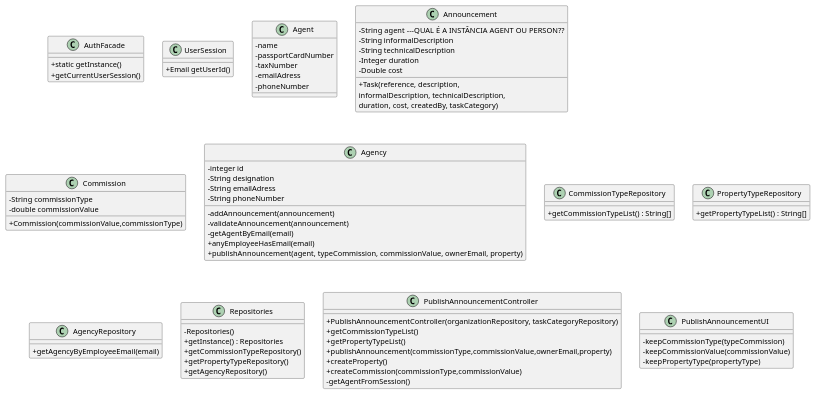
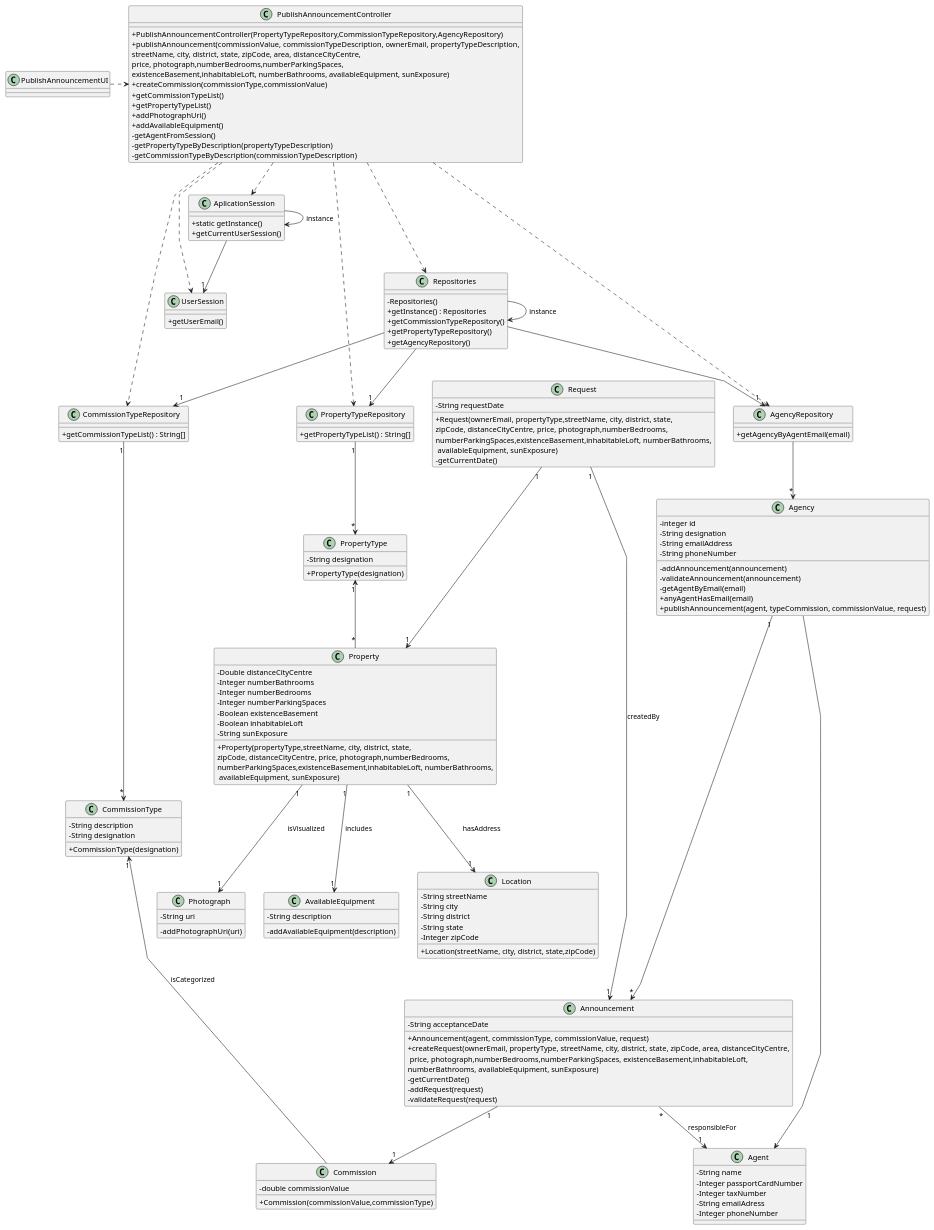
One commit to rita-barbosa/LAPR2-2223 changed the diagram in docs/sprintB/us002/03.design/puml/us002-class-diagram.puml. Above: the diagram before and after it, drawn with PlantUML.

Commit message:
Add class diagram [US002][Design]

```diff
--- a/docs/sprintB/us002/03.design/puml/us002-class-diagram.puml
+++ b/docs/sprintB/us002/03.design/puml/us002-class-diagram.puml
@@ -1,98 +1,174 @@
 @startuml
 'skinparam monochrome true
 skinparam packageStyle rectangle
 skinparam shadowing false
 skinparam linetype polyline
 'skinparam linetype orto
 
 skinparam classAttributeIconSize 0
 
 'left to right direction
 
-class AuthFacade
+class AplicationSession
 {
     + static getInstance()
     + getCurrentUserSession()
 }
+class Property
+{
+- Double distanceCityCentre
+- Integer numberBathrooms
+- Integer numberBedrooms
+- Integer numberParkingSpaces
+- Boolean existenceBasement
+- Boolean inhabitableLoft
+- String sunExposure
++ Property(propertyType,streetName, city, district, state,\nzipCode, distanceCityCentre, price, photograph,numberBedrooms,\nnumberParkingSpaces,existenceBasement,inhabitableLoft, numberBathrooms,\n availableEquipment, sunExposure)
+}
+class Location
+{
+- String streetName
+- String city
+- String district
+- String state
+- Integer zipCode
++ Location(streetName, city, district, state,zipCode)
+}
+class Photograph
+{
+- String uri
+- addPhotographUri(uri)
+}
+class AvailableEquipment
+{
+- String description
+- addAvailableEquipment(description)
+}
 
 class UserSession
 {
-    +Email getUserId()
+    + getUserEmail()
 }
 
 class Agent {
-    - name
-    - passportCardNumber
-    - taxNumber
-    - emailAdress
-    - phoneNumber
+    - String name
+    - Integer passportCardNumber
+    - Integer taxNumber
+    - String emailAdress
+    - Integer phoneNumber
 }
 
 class Announcement {
-    - String agent  ---QUAL É A INSTÂNCIA AGENT OU PERSON??
-    - String informalDescription
-    - String technicalDescription
-    - Integer duration
-    - Double cost
+    - String acceptanceDate
 
-    + Task(reference, description,\ninformalDescription, technicalDescription,\nduration, cost, createdBy, taskCategory)
+    + Announcement(agent, commissionType, commissionValue, request)
+    + createRequest(ownerEmail, propertyType, streetName, city, district, state, zipCode, area, distanceCityCentre,\n price, photograph,numberBedrooms,numberParkingSpaces, existenceBasement,inhabitableLoft,\nnumberBathrooms, availableEquipment, sunExposure)
+    -getCurrentDate()
+    -addRequest(request)
+    -validateRequest(request)
 }
 class Commission {
-- String commissionType
 - double commissionValue
-
 + Commission(commissionValue,commissionType)
 }
-
+class CommissionType
+{
+- String description
+}
+class Request
+{
+- String requestDate
++ Request(ownerEmail, propertyType,streetName, city, district, state,\nzipCode, distanceCityCentre, price, photograph,numberBedrooms,\nnumberParkingSpaces,existenceBasement,inhabitableLoft, numberBathrooms,\n availableEquipment, sunExposure)
+- getCurrentDate()
+}
 class Agency {
     - integer id
     - String designation
-    - String emailAdress
+    - String emailAddress
     - String phoneNumber
 
     - addAnnouncement(announcement)
     - validateAnnouncement(announcement)
     - getAgentByEmail(email)
-    + anyEmployeeHasEmail(email)
-    + publishAnnouncement(agent, typeCommission, commissionValue, ownerEmail, property)
+    + anyAgentHasEmail(email)
+    + publishAnnouncement(agent, typeCommission, commissionValue, request)
 }
 
 class CommissionTypeRepository {
     + getCommissionTypeList() : String[]
 }
 class PropertyTypeRepository {
     + getPropertyTypeList() : String[]
 }
 
 class AgencyRepository {
-    + getAgencyByEmployeeEmail(email)
+    + getAgencyByAgentEmail(email)
 }
 
 class Repositories {
     - Repositories()
     + getInstance() : Repositories
     + getCommissionTypeRepository()
     + getPropertyTypeRepository()
     + getAgencyRepository()
 }
 
 class PublishAnnouncementController {
-    + PublishAnnouncementController(organizationRepository, taskCategoryRepository)
+    + PublishAnnouncementController(PropertyTypeRepository,CommissionTypeRepository,AgencyRepository)
+    + publishAnnouncement(commissionValue, commissionTypeDescription, ownerEmail, propertyTypeDescription,\nstreetName, city, district, state, zipCode, area, distanceCityCentre,\nprice, photograph,numberBedrooms,numberParkingSpaces,\nexistenceBasement,inhabitableLoft, numberBathrooms, availableEquipment, sunExposure)
+    + createCommission(commissionType,commissionValue)
     + getCommissionTypeList()
     + getPropertyTypeList()
-    + publishAnnouncement(commissionType,commissionValue,ownerEmail,property)
-    + createProperty()
-    + createCommission(commissionType,commissionValue)
+    + addPhotographUri()
+    + addAvailableEquipment()
     - getAgentFromSession()
+    - getPropertyTypeByDescription(propertyTypeDescription)
+    - getCommissionTypeByDescription(commissionTypeDescription)
+}
+class PropertyType
+{
+- String designation
++ PropertyType(designation)
+}
+class CommissionType
+{
+- String designation
++ CommissionType(designation)
+}
+class PublishAnnouncementUI {
 }
 
 
 
-class PublishAnnouncementUI {
-- keepCommissionType(typeCommission)
-- keepCommissionValue(commissionValue)
-- keepPropertyType(propertyType)
-}
+PublishAnnouncementUI .> PublishAnnouncementController
+PublishAnnouncementController .-> UserSession
+PublishAnnouncementController .-> AplicationSession
+AplicationSession -> AplicationSession : instance
+AplicationSession --> "1" UserSession
+PublishAnnouncementController .--> Repositories
+PublishAnnouncementController .-> PropertyTypeRepository
+PublishAnnouncementController .-> CommissionTypeRepository
+PublishAnnouncementController .-> AgencyRepository
+
+Repositories -> Repositories : instance
+Repositories --> "1" CommissionTypeRepository
+Repositories --> "1" PropertyTypeRepository
+Repositories --> "1" AgencyRepository
+AgencyRepository --> "*" Agency
+Agency "1" ----> "*" Announcement
+
+Announcement "*" --> "1" Agent : responsibleFor
+CommissionTypeRepository "1" ---> "*" CommissionType
+CommissionType "1" <-- Commission : isCategorized
+Announcement "1" --> "1" Commission
+Request "1" --> "1" Announcement : createdBy
+Request "1" ---> "1" Property
+Agency ----> Agent
+PropertyTypeRepository "1" --> "*" PropertyType
+PropertyType "1" <-- "*" Property
+Property "1" --> "1" Location : hasAddress
+Property "1" --> "1" Photograph : isVisualized
+Property "1" --> "1" AvailableEquipment : includes
 
 
 @enduml
```
